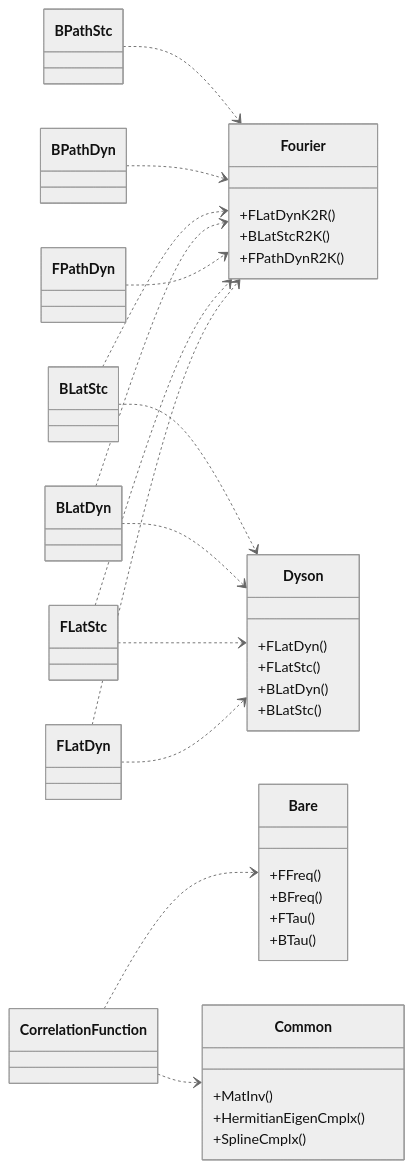
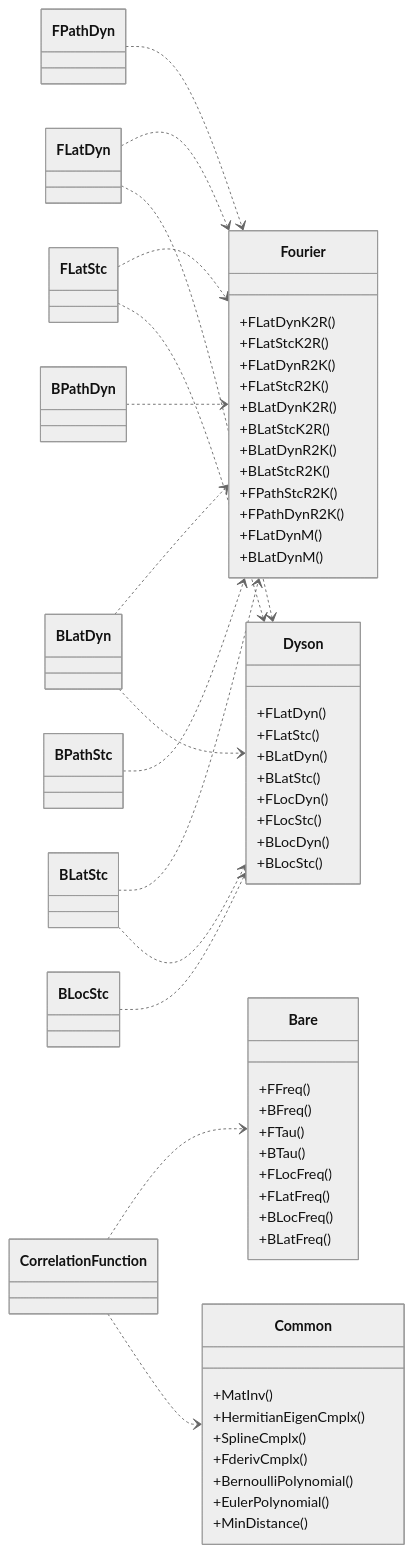
Before and after one commit to QAssemble/qassemble: the fourth of 4 diagrams in docs/SerialClassDiagram.md, drawn with Mermaid (neutral theme). The commit also changed other lines of this file and 1 other file, not shown here.

````diff
--- a/docs/SerialClassDiagram.md
+++ b/docs/SerialClassDiagram.md
@@ -202,40 +319,62 @@
 ```mermaid
 classDiagram
     direction LR
     class Fourier {
         +FLatDynK2R()
+        +FLatStcK2R()
+        +FLatDynR2K()
+        +FLatStcR2K()
+        +BLatDynK2R()
+        +BLatStcK2R()
+        +BLatDynR2K()
         +BLatStcR2K()
+        +FPathStcR2K()
         +FPathDynR2K()
+        +FLatDynM()
+        +BLatDynM()
     }
     class Dyson {
         +FLatDyn()
         +FLatStc()
         +BLatDyn()
         +BLatStc()
+        +FLocDyn()
+        +FLocStc()
+        +BLocDyn()
+        +BLocStc()
     }
     class Bare {
         +FFreq()
         +BFreq()
         +FTau()
         +BTau()
+        +FLocFreq()
+        +FLatFreq()
+        +BLocFreq()
+        +BLatFreq()
     }
     class Common {
         +MatInv()
         +HermitianEigenCmplx()
         +SplineCmplx()
+        +FderivCmplx()
+        +BernoulliPolynomial()
+        +EulerPolynomial()
+        +MinDistance()
     }
 
     FLatDyn ..> Fourier
     FLatStc ..> Fourier
     FPathDyn ..> Fourier
     BLatDyn ..> Fourier
     BLatStc ..> Fourier
     BPathDyn ..> Fourier
     BPathStc ..> Fourier
     FLatDyn ..> Dyson
     FLatStc ..> Dyson
     BLatDyn ..> Dyson
     BLatStc ..> Dyson
+    BLocStc ..> Dyson
     CorrelationFunction ..> Bare
     CorrelationFunction ..> Common
 ```
````
